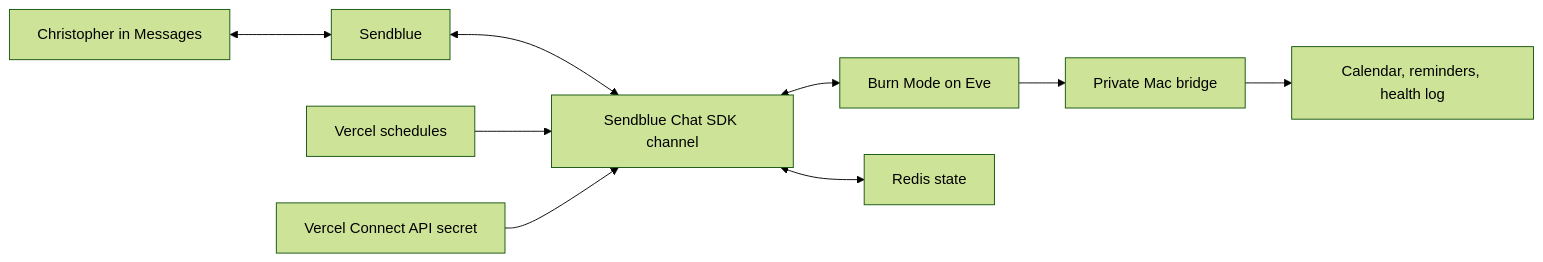
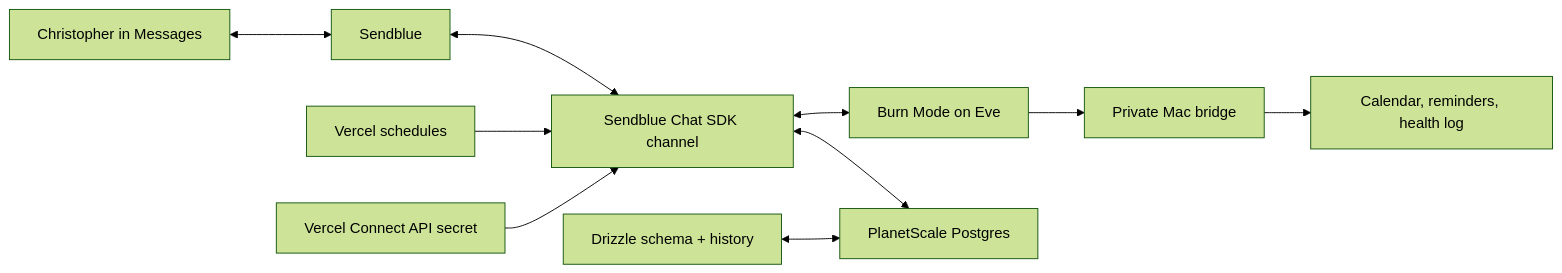
Before and after one commit to BurnedChris/agent-burn: the diagram in README.md, drawn with Mermaid (forest theme). The commit also changed other lines of this file and 17 other files, not shown here.

Commit message:
Replace Redis with PlanetScale Postgres

````diff
--- a/README.md
+++ b/README.md
@@ -21,11 +22,12 @@
 ```mermaid
 flowchart LR
   Christopher["Christopher in Messages"] <--> Sendblue["Sendblue"]
   Sendblue <--> Channel["Sendblue Chat SDK channel"]
   Channel <--> Eve["Burn Mode on Eve"]
   Schedules["Vercel schedules"] --> Channel
   Connect["Vercel Connect API secret"] --> Channel
-  Channel <--> Redis["Redis state"]
+  Channel <--> Postgres["PlanetScale Postgres"]
+  Drizzle["Drizzle schema + history"] <--> Postgres
   Eve --> Bridge["Private Mac bridge"]
   Bridge --> Apple["Calendar, reminders, health log"]
 ```
````
